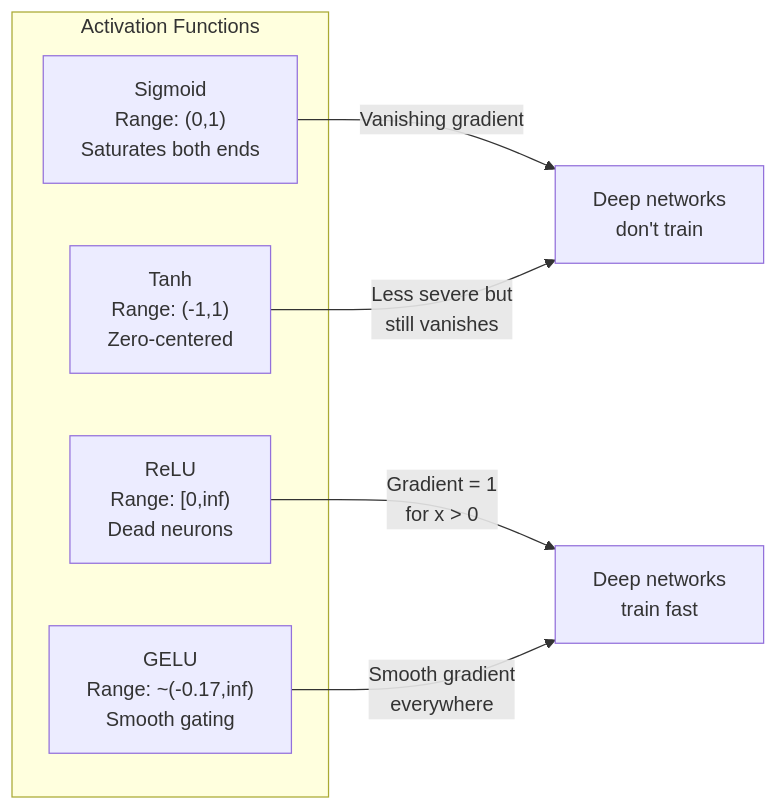
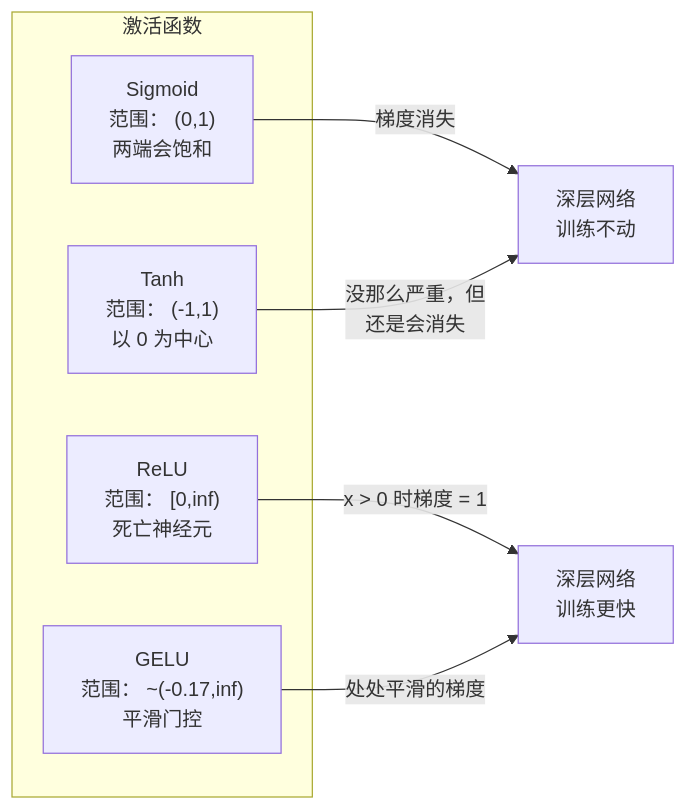
One commit to omigaZen/ai-engineering-from-scratch changed the first of 3 diagrams in phases/03-deep-learning-core/04-activation-functions/docs/zh.md. Above: the diagram before and after it, drawn with Mermaid. The commit also changed other lines of this file, not shown here.

Commit message:
feat(phase-03/04): polish activation functions text

````diff
--- a/phases/03-deep-learning-core/04-activation-functions/docs/zh.md
+++ b/phases/03-deep-learning-core/04-activation-functions/docs/zh.md
@@ -168,13 +168,13 @@
 ```mermaid
 graph LR
-    subgraph "Activation Functions"
-        S["Sigmoid<br/>Range: (0,1)<br/>Saturates both ends"]
-        T["Tanh<br/>Range: (-1,1)<br/>Zero-centered"]
-        R["ReLU<br/>Range: [0,inf)<br/>Dead neurons"]
-        G["GELU<br/>Range: ~(-0.17,inf)<br/>Smooth gating"]
+    subgraph "激活函数"
+        S["Sigmoid<br/>范围： (0,1)<br/>两端会饱和"]
+        T["Tanh<br/>范围： (-1,1)<br/>以 0 为中心"]
+        R["ReLU<br/>范围： [0,inf)<br/>死亡神经元"]
+        G["GELU<br/>范围： ~(-0.17,inf)<br/>平滑门控"]
     end
-    S -->|"Vanishing gradient"| Problem["Deep networks<br/>don't train"]
-    T -->|"Less severe but<br/>still vanishes"| Problem
-    R -->|"Gradient = 1<br/>for x > 0"| Solution["Deep networks<br/>train fast"]
-    G -->|"Smooth gradient<br/>everywhere"| Solution
+    S -->|"梯度消失"| Problem["深层网络<br/>训练不动"]
+    T -->|"没那么严重，但<br/>还是会消失"| Problem
+    R -->|"x > 0 时梯度 = 1"| Solution["深层网络<br/>训练更快"]
+    G -->|"处处平滑的梯度"| Solution
 ```
````
